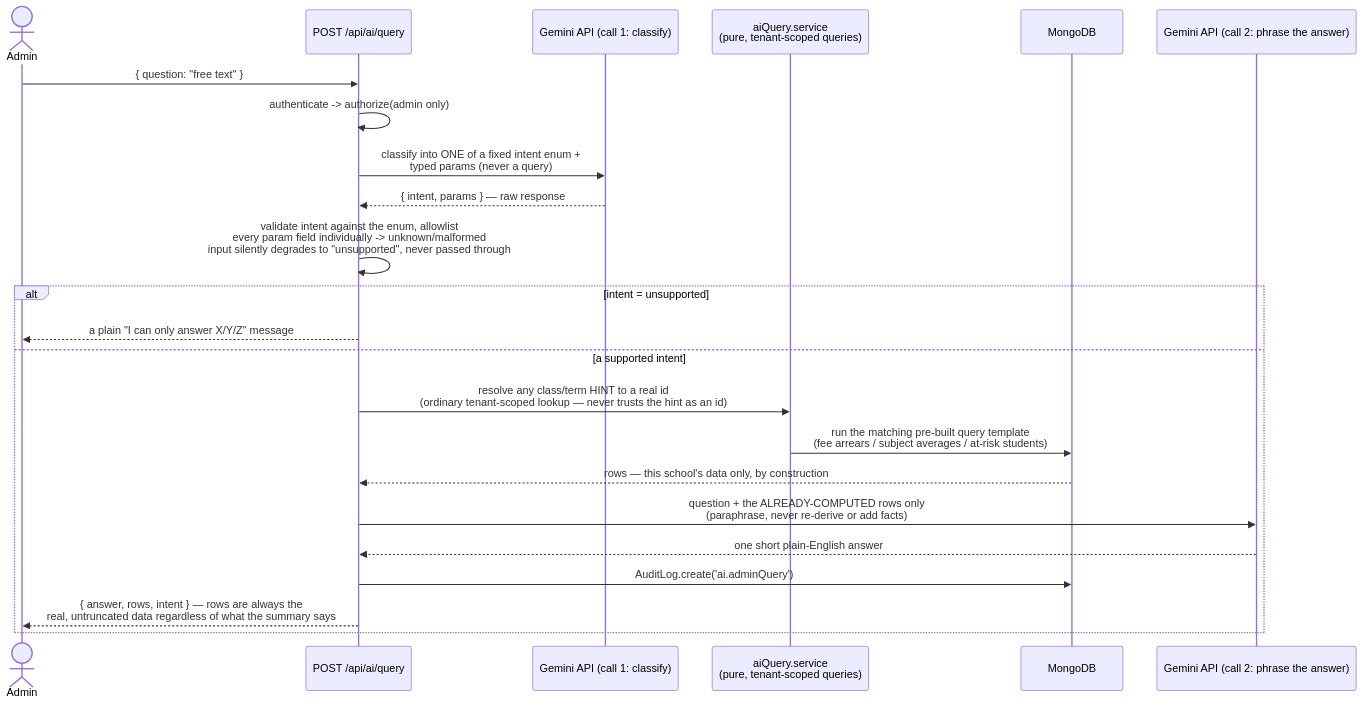
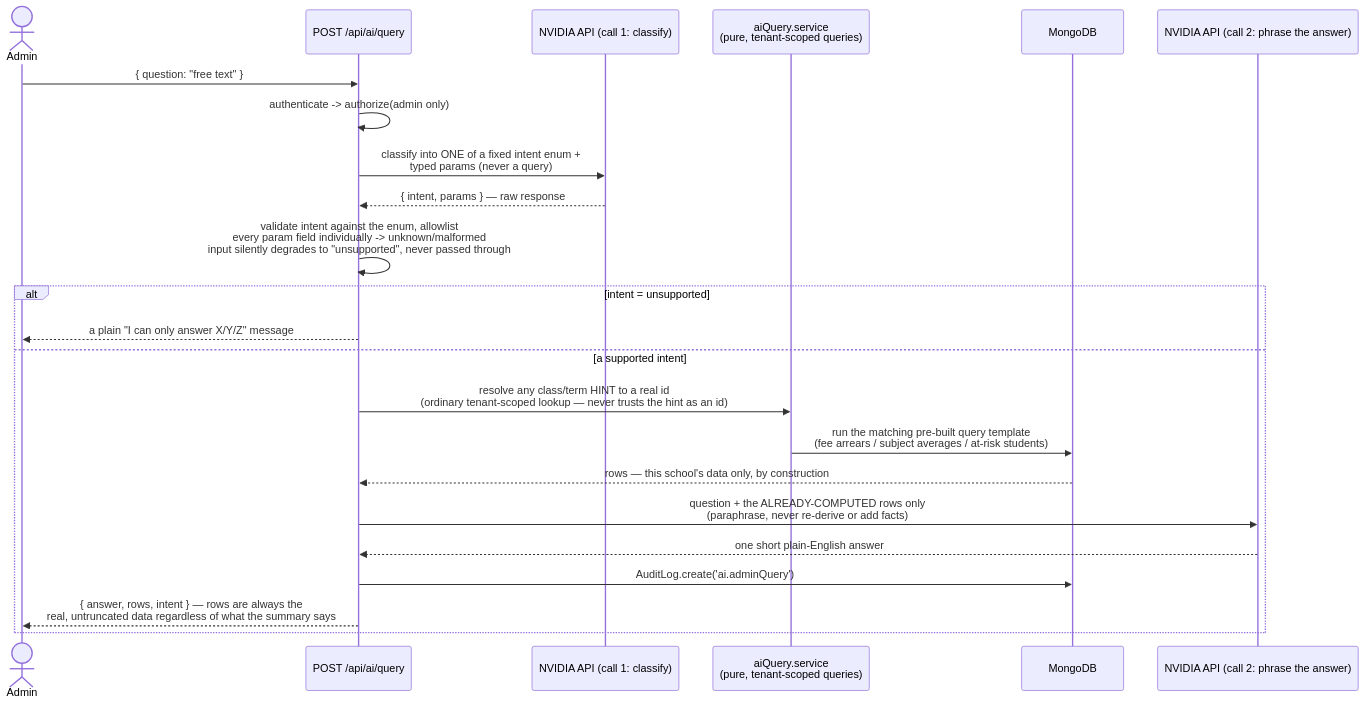
One commit to JuvelynSackey/school-management-system changed diagram 23 of 26 in ARCHITECTURE.md. Above: the diagram before and after it, drawn with Mermaid. The commit also changed other lines of this file and 10 other files, not shown here.

First line of the commit message:
refactor(ai): swap Gemini for NVIDIA Build (callAI, meta/llama-3.1-8b-instruct)

````diff
--- a/ARCHITECTURE.md
+++ b/ARCHITECTURE.md
@@ -743,26 +743,26 @@
 ```mermaid
 sequenceDiagram
     actor A as Admin
     participant API as POST /api/ai/query
-    participant Gemini as Gemini API (call 1: classify)
+    participant AI as NVIDIA API (call 1: classify)
     participant AQ as aiQuery.service<br/>(pure, tenant-scoped queries)
     participant DB as MongoDB
-    participant Gemini2 as Gemini API (call 2: phrase the answer)
+    participant AI2 as NVIDIA API (call 2: phrase the answer)
 
     A->>API: { question: "free text" }
     API->>API: authenticate -> authorize(admin only)
-    API->>Gemini: classify into ONE of a fixed intent enum +<br/>typed params (never a query)
-    Gemini-->>API: { intent, params } — raw response
+    API->>AI: classify into ONE of a fixed intent enum +<br/>typed params (never a query)
+    AI-->>API: { intent, params } — raw response
     API->>API: validate intent against the enum, allowlist<br/>every param field individually -> unknown/malformed<br/>input silently degrades to "unsupported", never passed through
     alt intent = unsupported
         API-->>A: a plain "I can only answer X/Y/Z" message
     else a supported intent
         API->>AQ: resolve any class/term HINT to a real id<br/>(ordinary tenant-scoped lookup — never trusts the hint as an id)
         AQ->>DB: run the matching pre-built query template<br/>(fee arrears / subject averages / at-risk students)
         DB-->>API: rows — this school's data only, by construction
-        API->>Gemini2: question + the ALREADY-COMPUTED rows only<br/>(paraphrase, never re-derive or add facts)
-        Gemini2-->>API: one short plain-English answer
+        API->>AI2: question + the ALREADY-COMPUTED rows only<br/>(paraphrase, never re-derive or add facts)
+        AI2-->>API: one short plain-English answer
         API->>DB: AuditLog.create('ai.adminQuery')
         API-->>A: { answer, rows, intent } — rows are always the<br/>real, untruncated data regardless of what the summary says
     end
 ```
````
